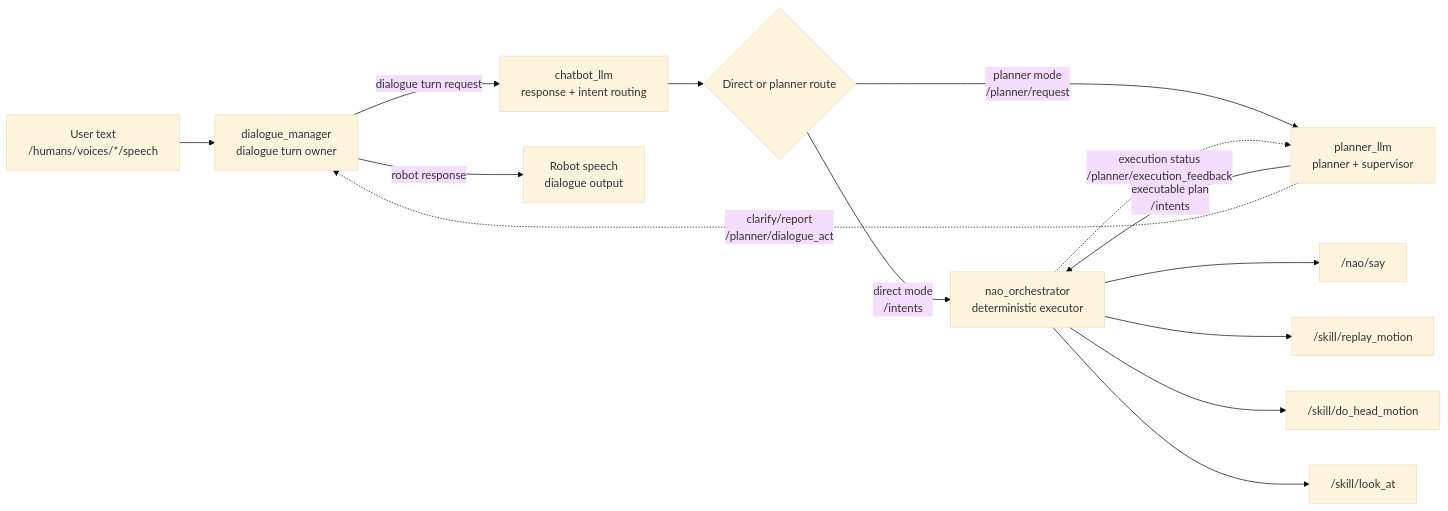
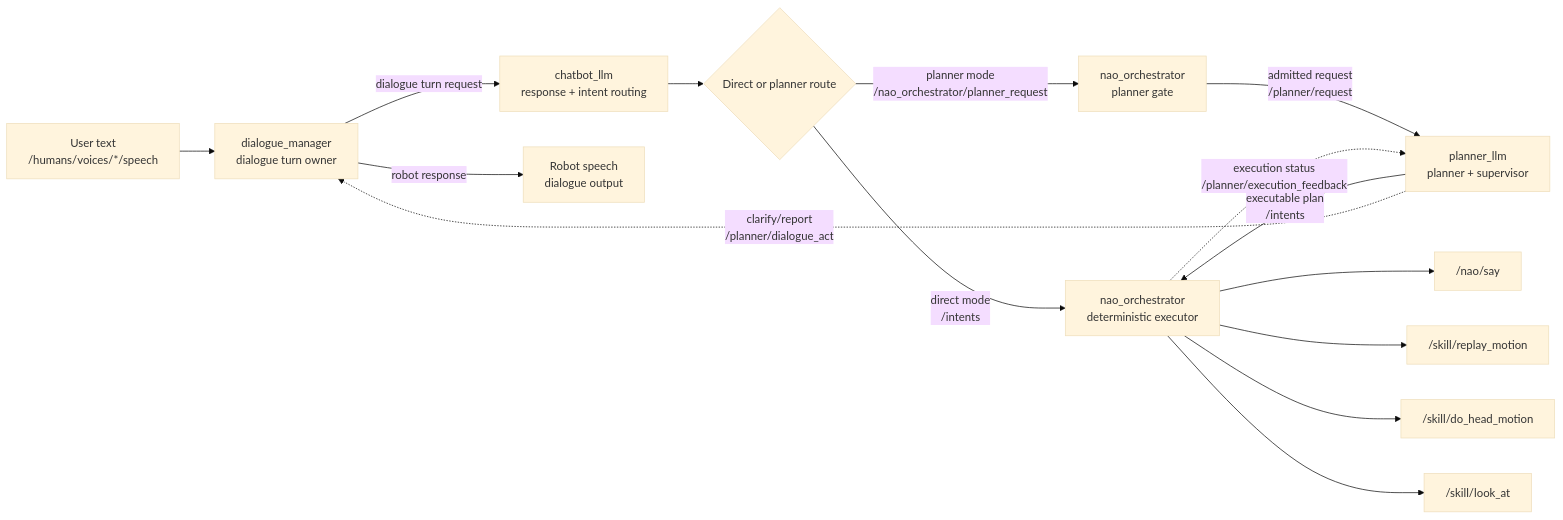
Before and after one commit to ieverythng/nao-ros4hri-bridge: the first of 3 diagrams in docs/current_workflow.md, drawn with Mermaid (base theme). The commit also changed other lines of this file and 17 other files, not shown here.

````diff
--- a/docs/current_workflow.md
+++ b/docs/current_workflow.md
@@ -23,19 +23,20 @@
 ```mermaid
 flowchart LR
     user["User text<br/>/humans/voices/*/speech"] --> dm["dialogue_manager<br/>dialogue turn owner"]
     dm -->|dialogue turn request| chatbot["chatbot_llm<br/>response + intent routing"]
     chatbot --> route{"Direct or planner route"}
 
     route -->|direct mode<br/>/intents| orch["nao_orchestrator<br/>deterministic executor"]
-    route -->|planner mode<br/>/planner/request| planner["planner_llm<br/>planner + supervisor"]
+    route -->|planner mode<br/>/nao_orchestrator/planner_request| gate["nao_orchestrator<br/>planner gate"]
+    gate -->|admitted request<br/>/planner/request| planner["planner_llm<br/>planner + supervisor"]
 
     planner -->|executable plan<br/>/intents| orch
     orch -.->|execution status<br/>/planner/execution_feedback| planner
     planner -.->|clarify/report<br/>/planner/dialogue_act| dm
 
     dm -->|robot response| speech_out["Robot speech<br/>dialogue output"]
     orch --> say["/nao/say"]
     orch --> replay["/skill/replay_motion"]
     orch --> head["/skill/do_head_motion"]
     orch --> look["/skill/look_at"]
 ```
````
